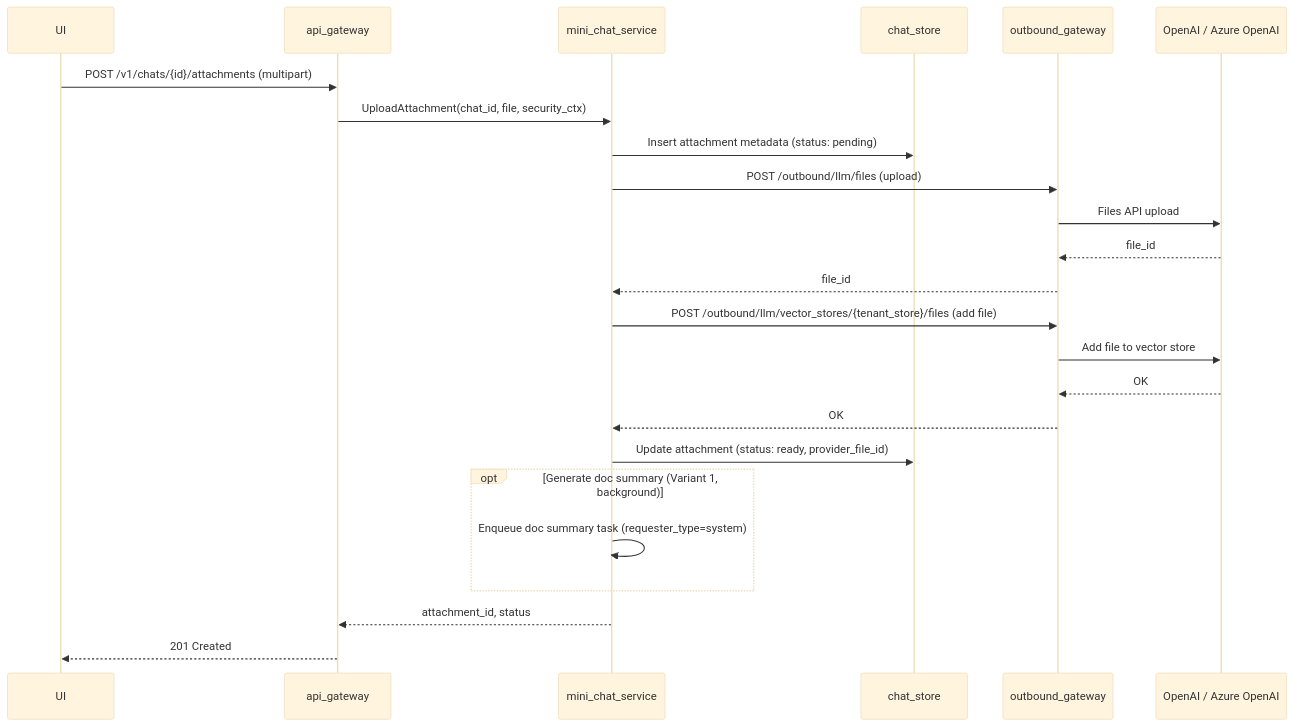
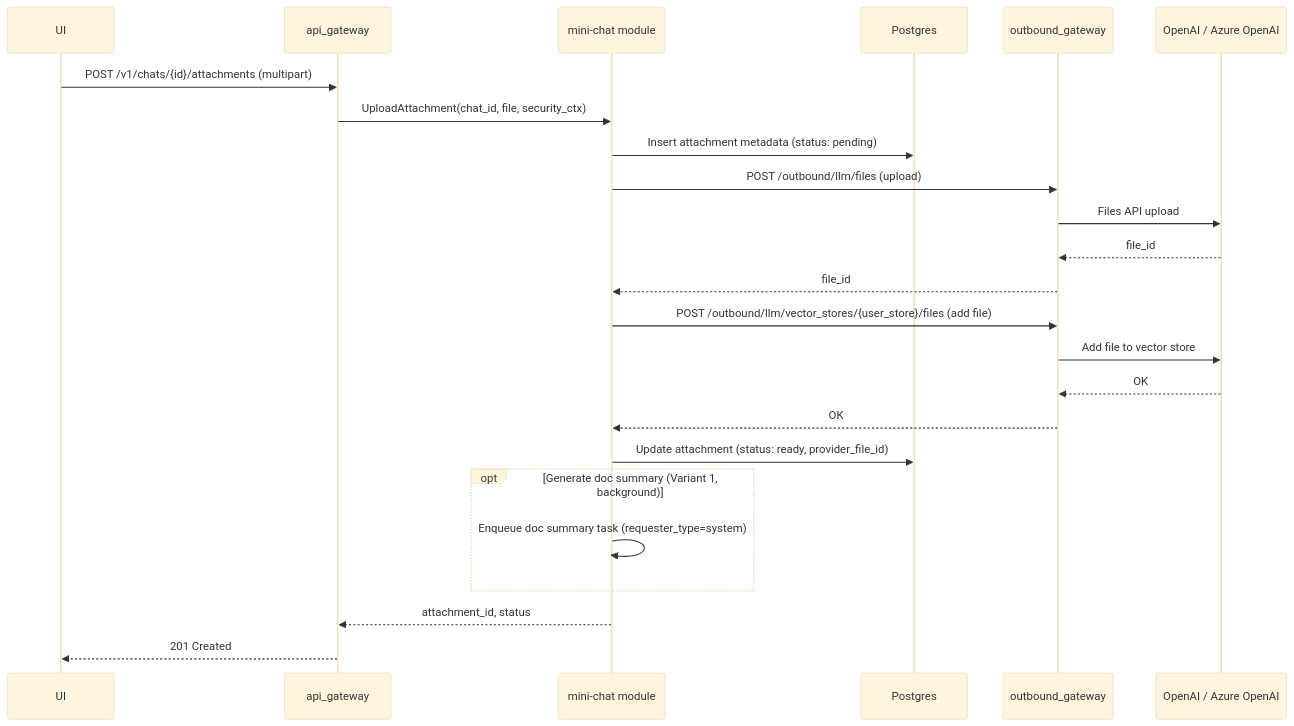
Before and after one commit to cyberfabric/cyberfabric-core: the third of 5 diagrams in modules/mini-chat/docs/DESIGN.md, drawn with Mermaid (base theme). The commit also changed other lines of this file and 1 other file, not shown here.

Commit message:
- Design is aligned with Modkit architecture patterns - Quota management is aligned with requirements - Modle selection is aligned with requirements - Message reactions are added - Temporary chats are moved to P2+ phases

````diff
--- a/modules/mini-chat/docs/DESIGN.md
+++ b/modules/mini-chat/docs/DESIGN.md
@@ -666,29 +702,29 @@
 ```mermaid
 sequenceDiagram
     participant UI
     participant AG as api_gateway
-    participant CS as mini_chat_service
-    participant DB as chat_store
+    participant CS as mini-chat module
+    participant DB as Postgres
     participant OG as outbound_gateway
     participant OAI as OpenAI / Azure OpenAI
 
     UI->>AG: POST /v1/chats/{id}/attachments (multipart)
     AG->>CS: UploadAttachment(chat_id, file, security_ctx)
     CS->>DB: Insert attachment metadata (status: pending)
     CS->>OG: POST /outbound/llm/files (upload)
     OG->>OAI: Files API upload
     OAI-->>OG: file_id
     OG-->>CS: file_id
-    CS->>OG: POST /outbound/llm/vector_stores/{tenant_store}/files (add file)
+    CS->>OG: POST /outbound/llm/vector_stores/{user_store}/files (add file)
     OG->>OAI: Add file to vector store
     OAI-->>OG: OK
     OG-->>CS: OK
     CS->>DB: Update attachment (status: ready, provider_file_id)
 
     opt Generate doc summary (Variant 1, background)
         CS->>CS: Enqueue doc summary task (requester_type=system)
     end
 
     CS-->>AG: attachment_id, status
     AG-->>UI: 201 Created
 ```
````
